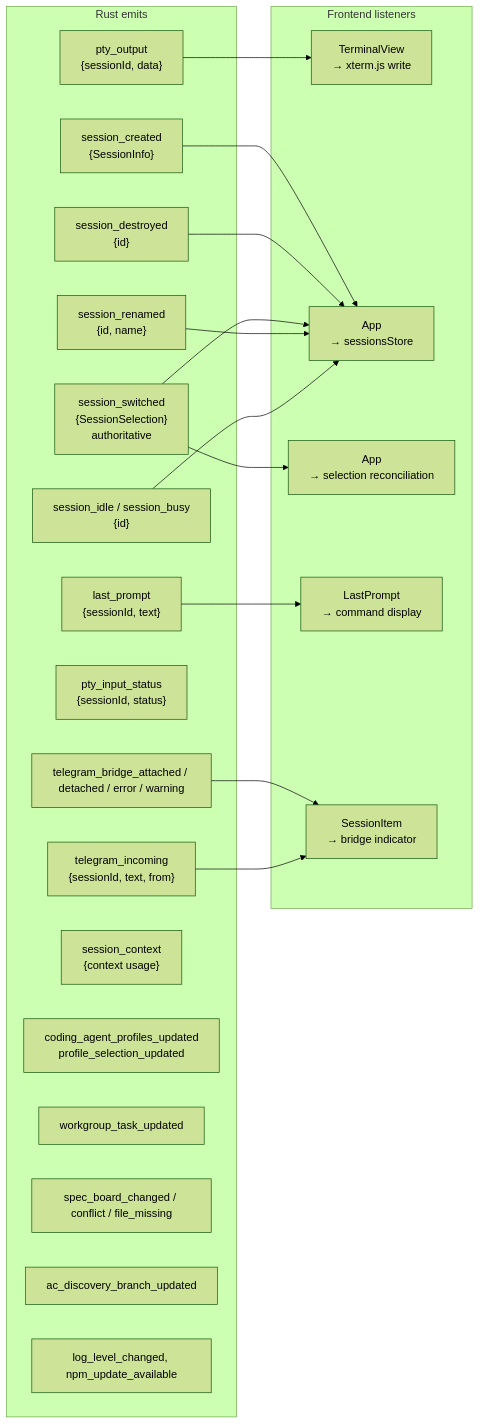
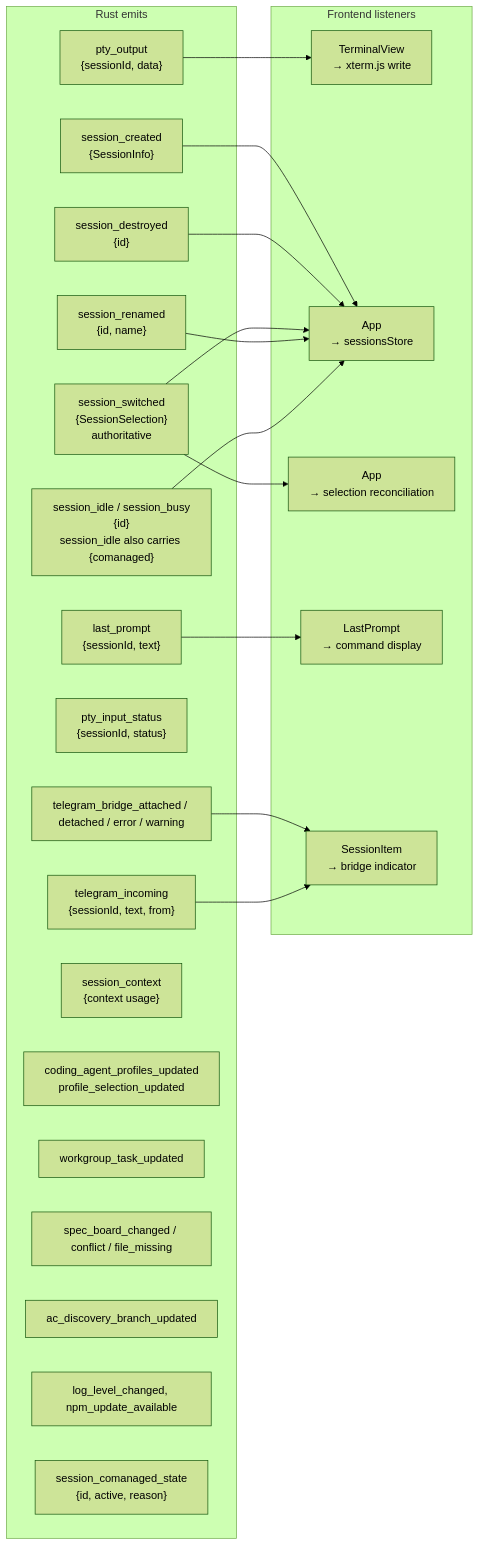
Before and after one commit to mblua/AgentsCommander: the sixth of 14 diagrams in docs/reference/architecture.md, drawn with Mermaid (forest theme). The commit also changed other lines of this file and 12 other files, not shown here.

````diff
--- a/docs/reference/architecture.md
+++ b/docs/reference/architecture.md
@@ -331,40 +375,41 @@
 ```mermaid
 graph LR
     subgraph "Rust emits"
         E1["pty_output<br/>{sessionId, data}"]
         E2["session_created<br/>{SessionInfo}"]
         E3["session_destroyed<br/>{id}"]
         E4["session_switched<br/>{SessionSelection}<br/>authoritative"]
         E5["session_renamed<br/>{id, name}"]
-        E6["session_idle / session_busy<br/>{id}"]
+        E6["session_idle / session_busy<br/>{id}<br/>session_idle also carries {comanaged}"]
         E7["last_prompt<br/>{sessionId, text}"]
         E8["pty_input_status<br/>{sessionId, status}"]
         E9["telegram_bridge_attached / detached / error / warning"]
         E10["telegram_incoming<br/>{sessionId, text, from}"]
         E11["session_context<br/>{context usage}"]
         E12["coding_agent_profiles_updated<br/>profile_selection_updated"]
         E13["workgroup_task_updated"]
         E14["spec_board_changed / conflict / file_missing"]
         E15["ac_discovery_branch_updated"]
         E16["log_level_changed, npm_update_available"]
+        E17["session_comanaged_state<br/>{id, active, reason}"]
     end
 
     subgraph "Frontend listeners"
         L1["TerminalView<br/>→ xterm.js write"]
         L2["App<br/>→ sessionsStore"]
         L3["App<br/>→ selection reconciliation"]
         L4["LastPrompt<br/>→ command display"]
         L5["SessionItem<br/>→ bridge indicator"]
     end
 
     E1 --> L1
     E2 --> L2
     E3 --> L2
     E4 --> L2
     E4 --> L3
     E5 --> L2
     E6 --> L2
     E7 --> L4
     E9 --> L5
     E10 --> L5
 ```
````
